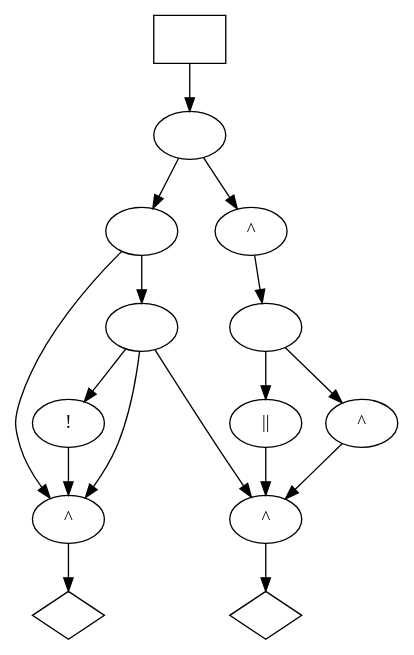
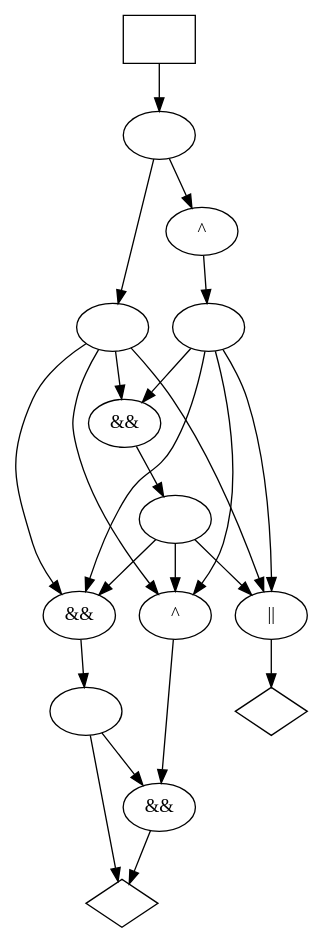
One commit to p9romain/bool-circuits changed the diagram in dot_files/bool_circ/random.dot. Above: the diagram before and after it, drawn with Graphviz. The commit also changed 73 other files, not shown here.

```diff
--- a/dot_files/bool_circ/random.dot
+++ b/dot_files/bool_circ/random.dot
@@ -1,31 +1,38 @@
 digraph G {
-n0 [label=" "];
+n0 [label="^"];
 n1 [label=" "];
-n2 [label="!"];
-n3 [label="^"];
-n4 [label="||"];
-n5 [label="^"];
-n6 [label="^"];
-n9 [label="",shape="box"];
-n10 [label="^"];
+n2 [label="&&"];
+n3 [label="&&"];
+n4 [label="^"];
+n5 [label=" "];
+n6 [label="||"];
+n7 [label="",shape="box"];
+n9 [label=" "];
+n10 [label="",shape="diamond"];
+n11 [label="",shape="diamond"];
+n12 [label="&&"];
 n8 [label=" "];
-n11 [label="",shape="diamond"];
-n12 [label="",shape="diamond"];
 n13 [label=" "];
-n0 -> n1
-n0 -> n3
+n0 -> n8
 n1 -> n2
 n1 -> n3
+n1 -> n4
 n1 -> n6
-n2 -> n3
-n3 -> n11
-n4 -> n6
-n5 -> n6
-n6 -> n12
-n9 -> n8
-n10 -> n13
-n8 -> n10
-n8 -> n0
-n13 -> n5
+n2 -> n13
+n3 -> n5
+n4 -> n12
+n5 -> n10
+n5 -> n12
+n6 -> n11
+n7 -> n9
+n9 -> n0
+n9 -> n1
+n12 -> n10
+n8 -> n2
+n8 -> n3
+n8 -> n4
+n8 -> n6
+n13 -> n3
 n13 -> n4
+n13 -> n6
 }
```
